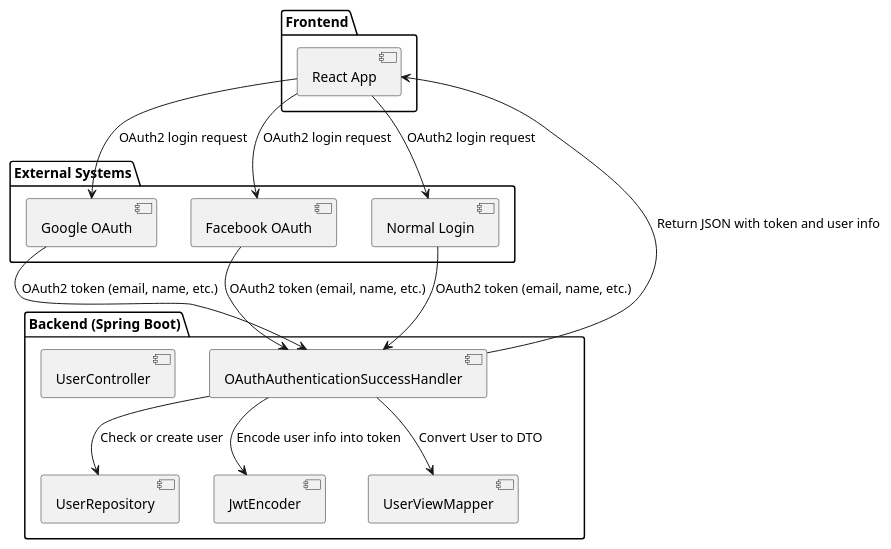
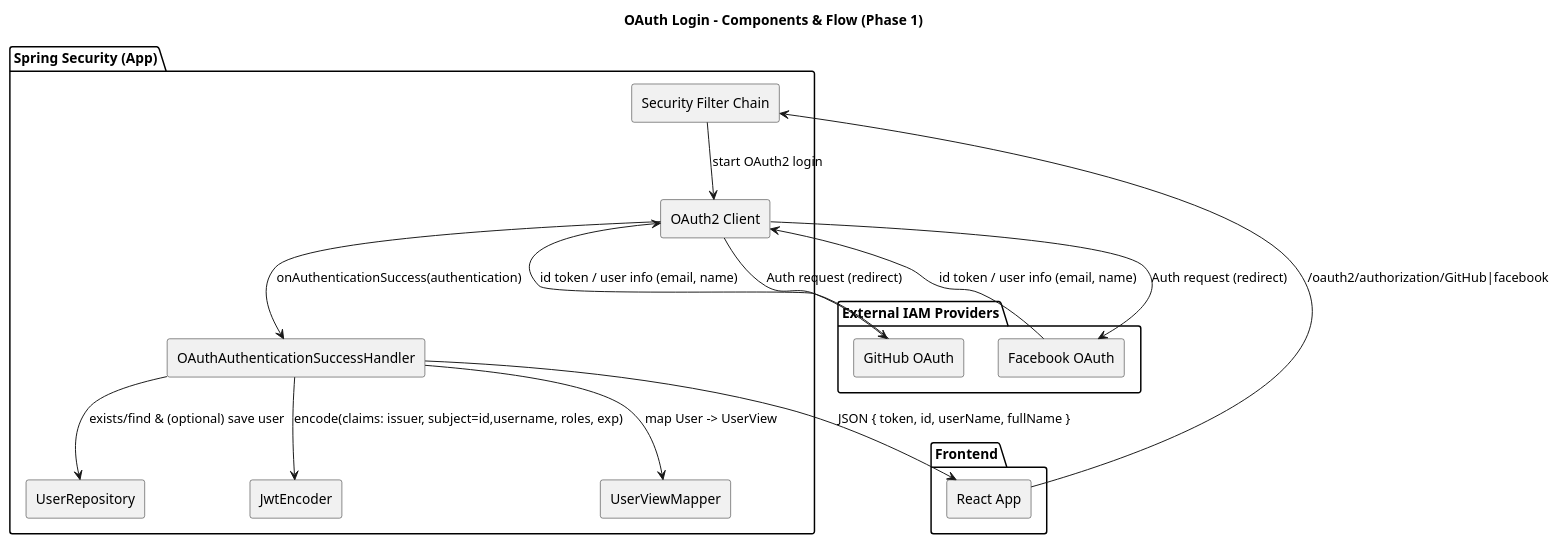
Before and after one commit to MaximeSchuybroeck/ARQSOFT_August: the diagram in Docs/Architecture_files/Phase_1/diagrams/OAuthLoginFlow/ComponentDiagram.puml, drawn with PlantUML. The commit also changed 18 other files, not shown here.

Commit message:
Updated software-architecture files for both phases. PHASE 1: added UML-diagram description .md documents, added design-alternatives.md file, updated OAuthLoginFlow UML-diagrams with the current logic, added access instructions. PHASE 2: added access instructions

```diff
--- a/Docs/Architecture_files/Phase_1/diagrams/OAuthLoginFlow/ComponentDiagram.puml
+++ b/Docs/Architecture_files/Phase_1/diagrams/OAuthLoginFlow/ComponentDiagram.puml
@@ -1,32 +1,52 @@
 @startuml
+title OAuth Login – Components & Flow (Phase 1)
+
+skinparam componentStyle rectangle
+skinparam shadowing false
+
 package "Frontend" {
   [React App] as FE
 }
 
-package "Backend (Spring Boot)" {
+package "Spring Security (App)" {
+  [Security Filter Chain] as SFC
+  [OAuth2 Client] as OAuthClient
   [OAuthAuthenticationSuccessHandler] as Handler
-  [UserRepository] as Repo
   [JwtEncoder] as JWT
   [UserViewMapper] as Mapper
-  [UserController]
+  [UserRepository] as Repo
 }
 
-package "External Systems" {
-  [Google OAuth] as Google
+package "External IAM Providers" {
+  [GitHub OAuth] as GitHub
   [Facebook OAuth] as Facebook
-  [Normal Login] as NormalLogin
 }
 
-FE --> Google : OAuth2 login request
-FE --> Facebook : OAuth2 login request
-FE --> NormalLogin : OAuth2 login request
+' --- Browser initiates OAuth2 flow ---
+FE --> SFC : /oauth2/authorization/GitHub|facebook
+SFC --> OAuthClient : start OAuth2 login
+OAuthClient --> GitHub : Auth request (redirect)
+OAuthClient --> Facebook : Auth request (redirect)
 
-Google --> Handler : OAuth2 token (email, name, etc.)
-Facebook --> Handler : OAuth2 token (email, name, etc.)
-NormalLogin --> Handler : OAuth2 token (email, name, etc.)
+' --- Callback with authorization code + token exchange ---
+GitHub --> OAuthClient : id token / user info (email, name)
+Facebook --> OAuthClient : id token / user info (email, name)
 
-Handler --> Repo : Check or create user
-Handler --> JWT : Encode user info into token
-Handler --> Mapper : Convert User to DTO
-Handler --> FE : Return JSON with token and user info
+' --- Success handling ---
+OAuthClient --> Handler : onAuthenticationSuccess(authentication)
+
+Handler --> Repo : exists/find & (optional) save user
+Handler --> JWT : encode(claims: issuer, subject=id,username, roles, exp)
+Handler --> Mapper : map User -> UserView
+
+' ====== Variant A (custom success handler wired) ======
+Handler --> FE : JSON { token, id, userName, fullName }
+
+' ====== Variant B (default success handler; if NOT wired) ======
+' note right of OAuthClient
+'   If no custom successHandler is configured in SecurityConfig,
+'   Spring uses default success behavior (redirect to a success URL).
+' end note
+' OAuthClient --> FE : 302 Redirect (default success URL)
+
 @enduml
```
